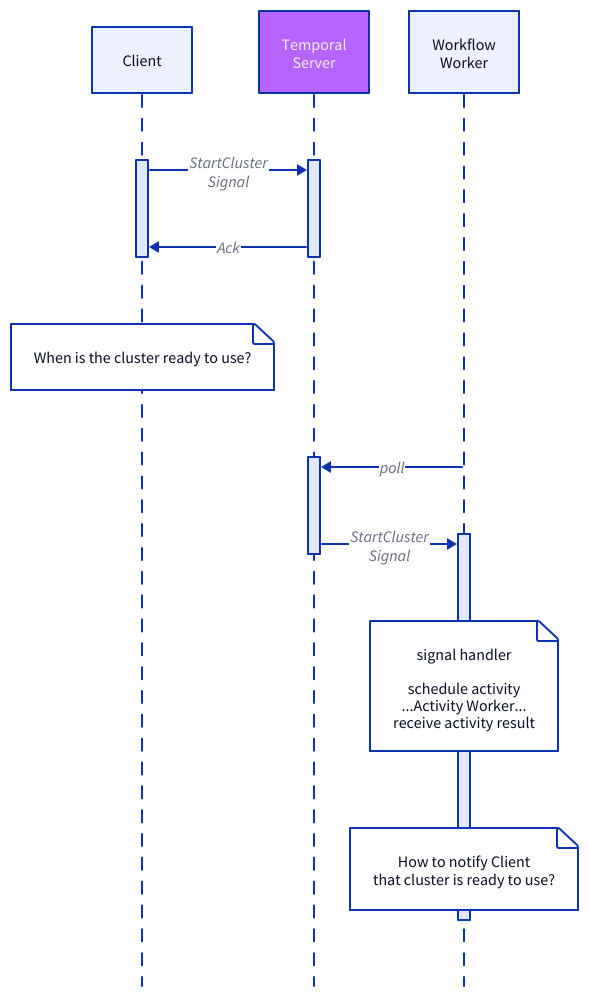
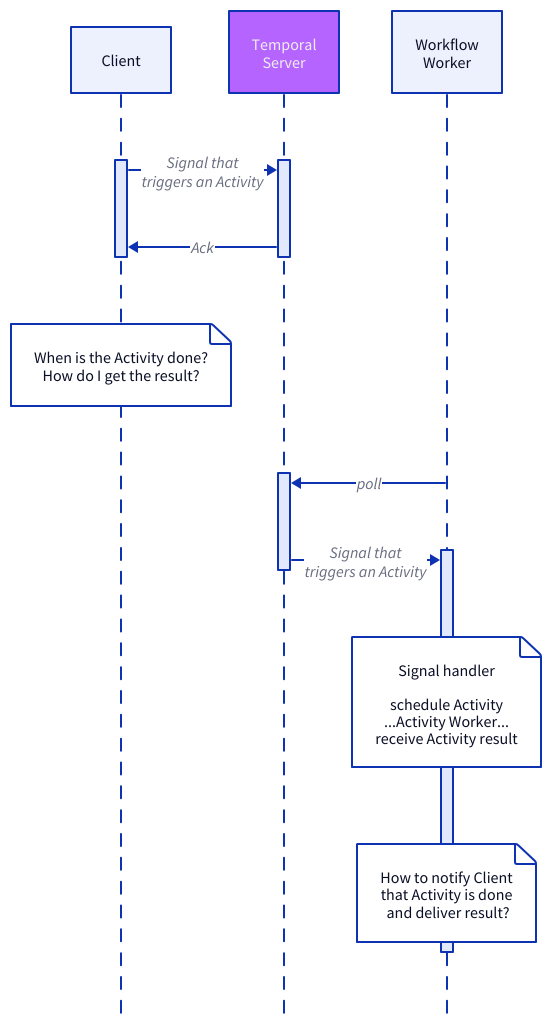
Before and after one commit to dandavison/temporalio-notes: the diagram in diagrams/update-blog-signal.d2, drawn with D2. The commit also changed 1 other file, not shown here.

```diff
--- a/diagrams/update-blog-signal.d2
+++ b/diagrams/update-blog-signal.d2
@@ -1,23 +1,23 @@
 shape: sequence_diagram
 
 C: {
   label: Client
 }
 S: {
   label: Temporal\nServer
 }
 W: {
   label: Workflow\nWorker
 }
 S.style: {
   fill: "#B664FF"
   font-color: "#EEEEEE"
 }
 
-C.1 -> S.1: StartCluster\nSignal
+C.1 -> S.1: Signal that\ntriggers an Activity
 S.1 -> C.1: Ack
-C."When is the cluster ready to use?"
+C."When is the Activity done?\nHow do I get the result?"
 W -> S.2: poll
-S.2 -> W.1: StartCluster\nSignal
-W.1."signal handler\n\nschedule activity\n...Activity Worker...\nreceive activity result"
-W.1."How to notify Client\nthat cluster is ready to use?"
+S.2 -> W.1: Signal that\ntriggers an Activity
+W.1."Signal handler\n\nschedule Activity\n...Activity Worker...\nreceive Activity result"
+W.1."How to notify Client\nthat Activity is done\n and deliver result?"
```
